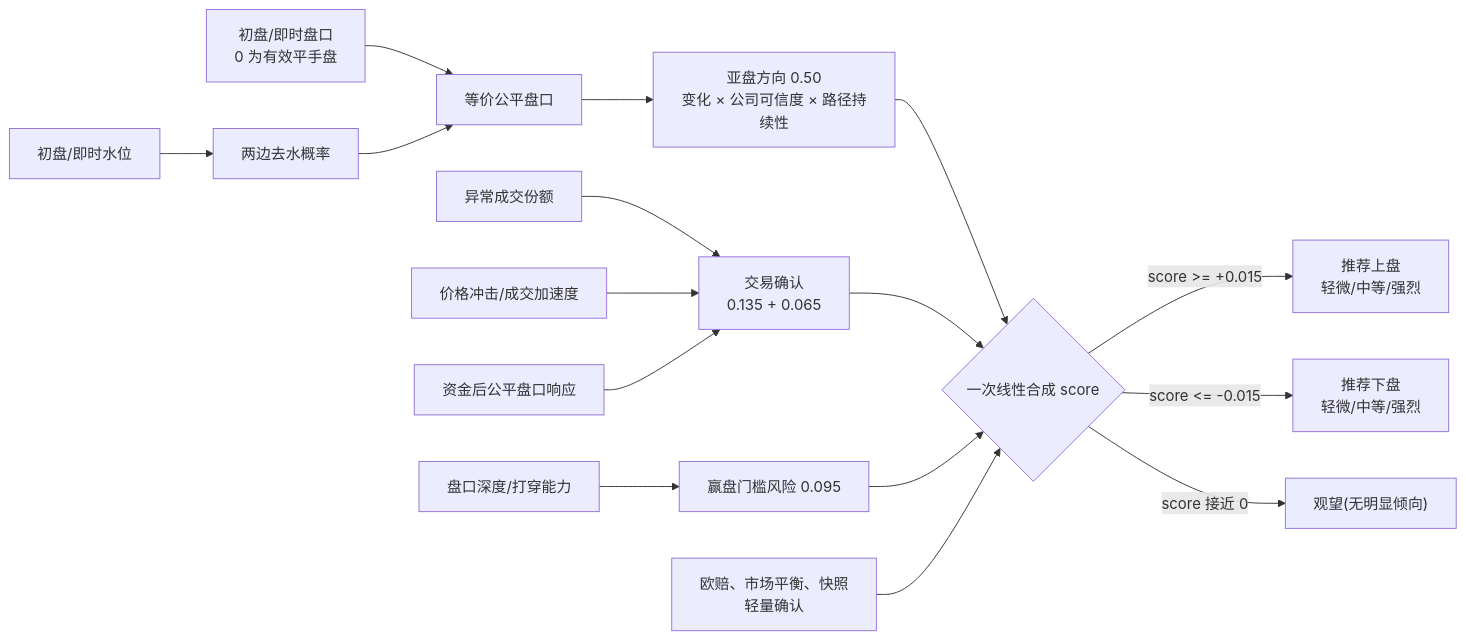
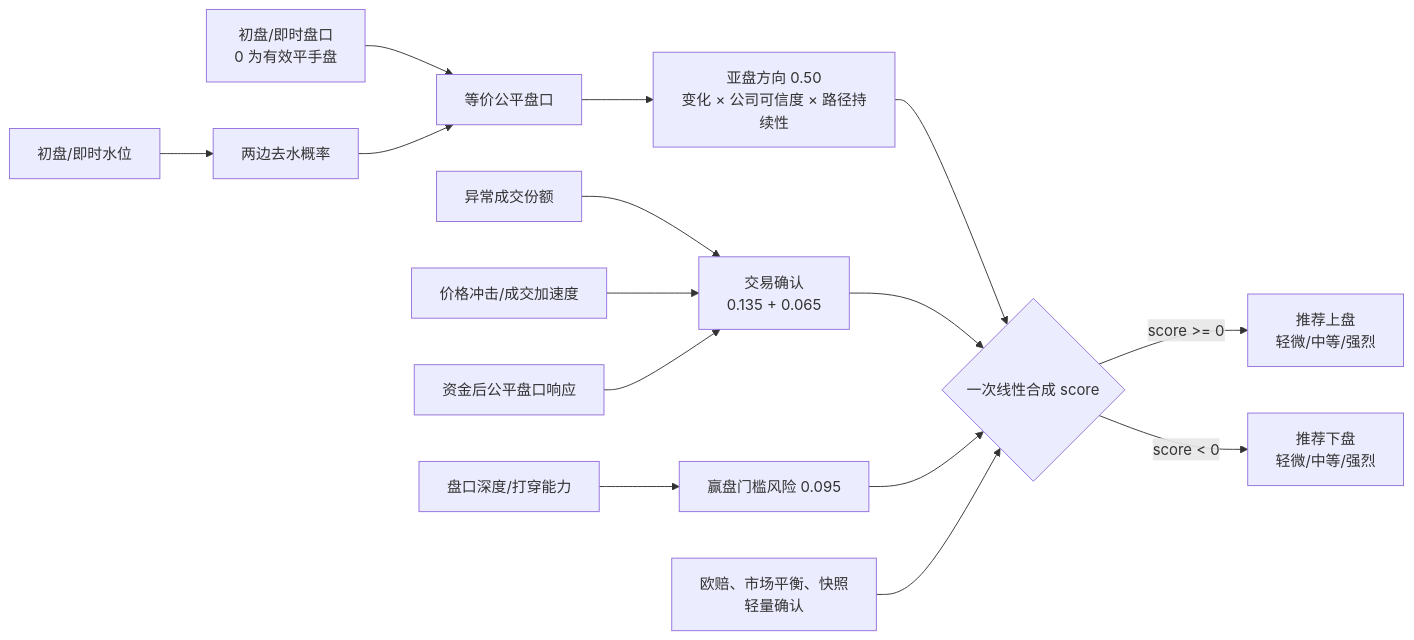
One commit to demongodYY/worldcup changed the first of 2 diagrams in README.md. Above: the diagram before and after it, drawn with Mermaid. The commit also changed other lines of this file and 17 other files, not shown here.

````diff
--- a/README.md
+++ b/README.md
@@ -179,21 +178,20 @@
 ```mermaid
 flowchart LR
     Water["初盘/即时水位"] --> NoVig["两边去水概率"]
     Line["初盘/即时盘口\n0 为有效平手盘"] --> Fair["等价公平盘口"]
     NoVig --> Fair
     Fair --> Direction["亚盘方向 0.50\n变化 × 公司可信度 × 路径持续性"]
 
     Flow["异常成交份额"] --> Trade["交易确认\n0.135 + 0.065"]
     Impact["价格冲击/成交加速度"] --> Trade
     Response["资金后公平盘口响应"] --> Trade
 
     Depth["盘口深度/打穿能力"] --> Risk["赢盘门槛风险 0.095"]
     Direction --> Final{"一次线性合成 score"}
     Trade --> Final
     Risk --> Final
     Confirm["欧赔、市场平衡、快照\n轻量确认"] --> Final
 
-    Final -->|"score >= +0.015"| BuyUpper["推荐上盘\n轻微/中等/强烈"]
-    Final -->|"score <= -0.015"| BuyLower["推荐下盘\n轻微/中等/强烈"]
-    Final -->|"score 接近 0"| Watch["观望(无明显倾向)"]
+    Final -->|"score >= 0"| BuyUpper["推荐上盘\n轻微/中等/强烈"]
+    Final -->|"score < 0"| BuyLower["推荐下盘\n轻微/中等/强烈"]
 ```
````
